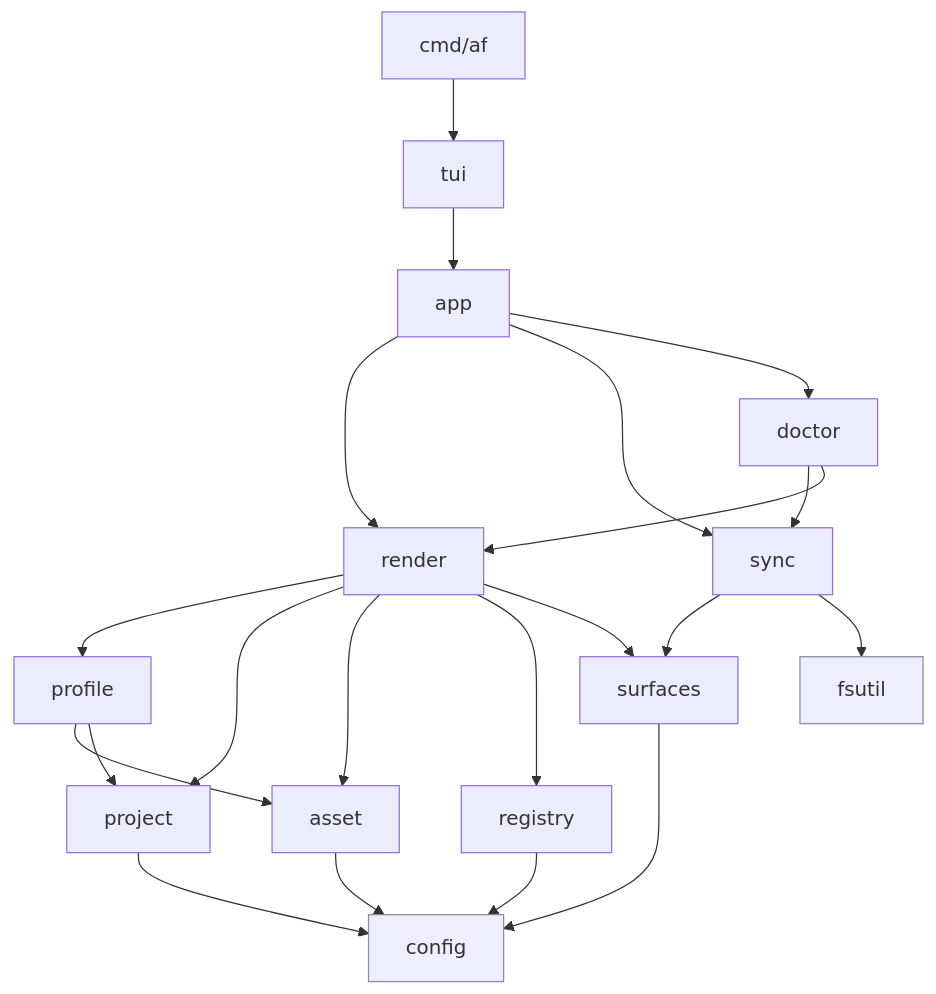
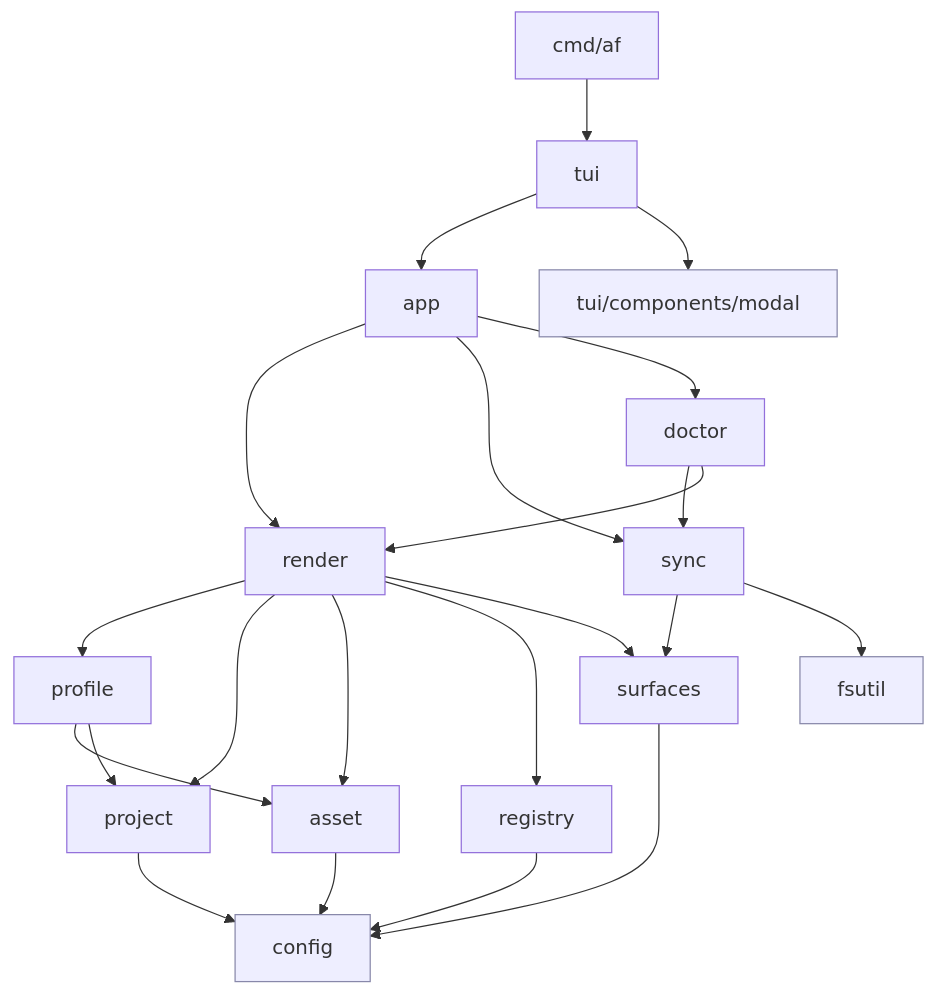
One commit to Hexworks/agentfiles changed the diagram in docs/architecture/05-building-block-view.md. Above: the diagram before and after it, drawn with Mermaid. The commit also changed other lines of this file and 5 other files, not shown here.

````diff
--- a/docs/architecture/05-building-block-view.md
+++ b/docs/architecture/05-building-block-view.md
@@ -8,26 +8,27 @@
 ```mermaid
 flowchart TD
     cmdaf["cmd/af"] --> tui
     tui --> app
     app --> render
     app --> sync
     app --> doctor
     render --> profile
     render --> project
     render --> asset
     render --> registry
     render --> surfaces
     sync --> surfaces
     sync --> fsutil
     doctor --> sync
     doctor --> render
     profile --> asset
     profile --> project
     asset --> config
     project --> config
     registry --> config
     surfaces --> config
+    tui --> tui_components_modal["tui/components/modal"]
 
     classDef leaf fill:#eef,stroke:#88a;
-    class config,errs,fsutil leaf;
+    class config,errs,fsutil,tui_components_modal leaf;
 ```
````
